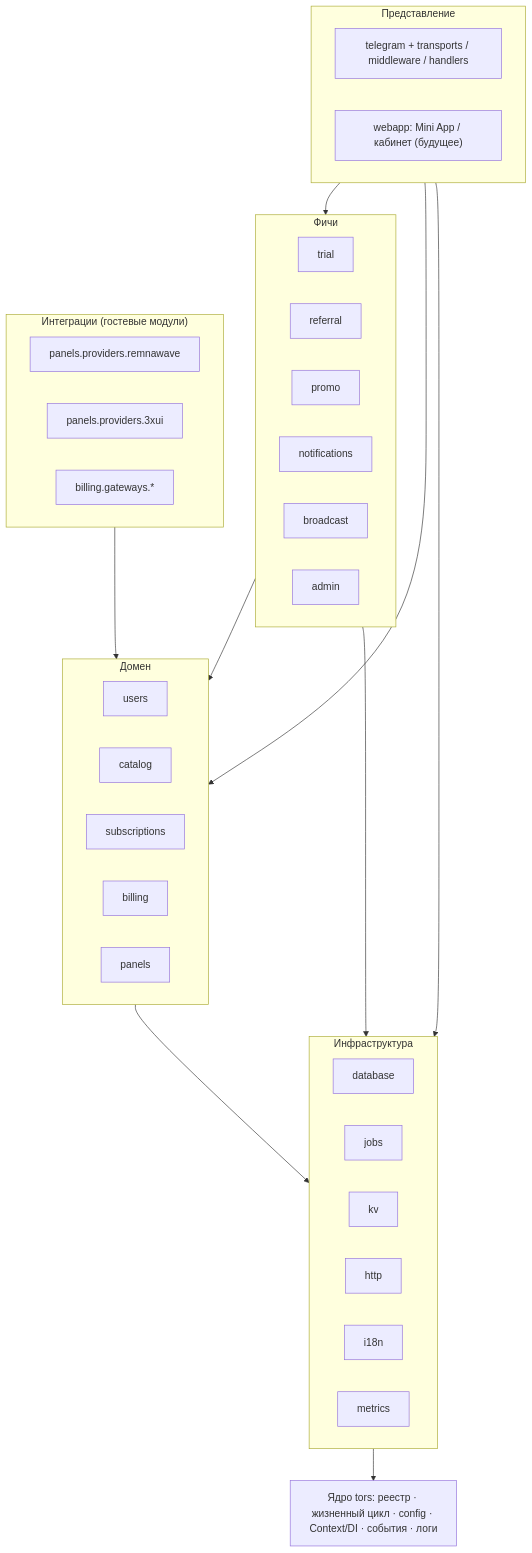
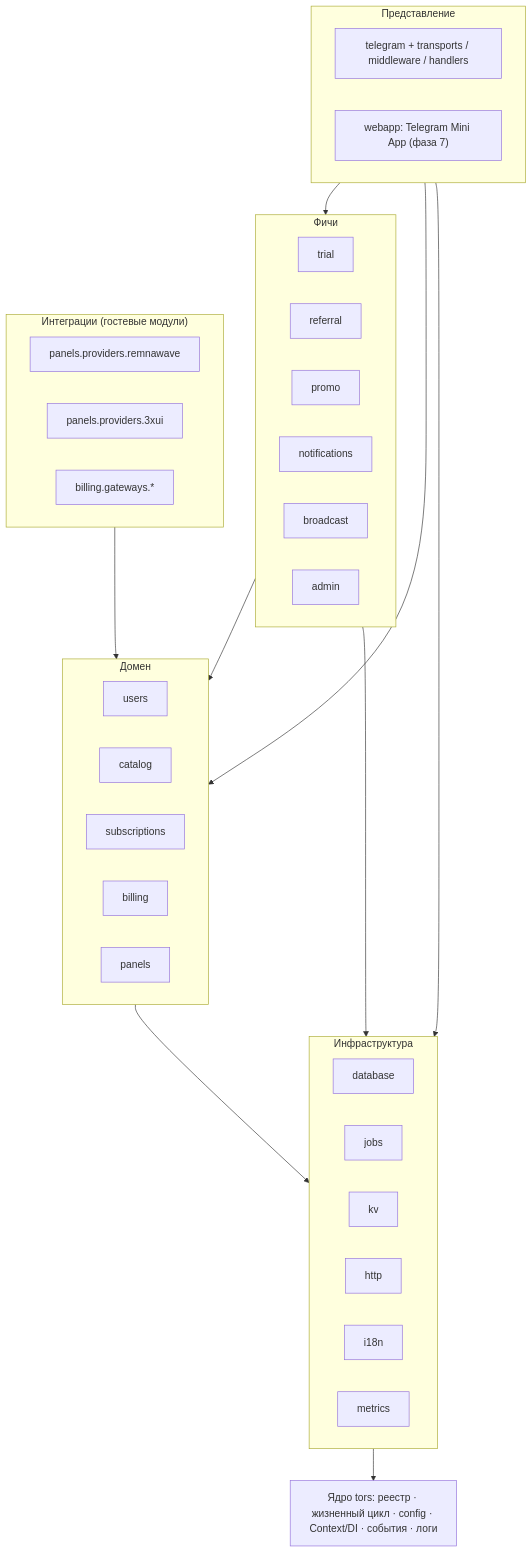
The second of 3 diagrams in docs/PLAN.md (Tori43-hash/TORS), drawn with Mermaid before and after one commit. The commit also changed other lines of this file, not shown here.

First line of the commit message:
docs: apply MVP decisions to architecture plan

````diff
--- a/docs/PLAN.md
+++ b/docs/PLAN.md
@@ -270,44 +276,44 @@
 ```mermaid
 flowchart TB
     subgraph PRES["Представление"]
         TG["telegram + transports / middleware / handlers"]
-        WEB["webapp: Mini App / кабинет (будущее)"]
+        WEB["webapp: Telegram Mini App (фаза 7)"]
     end
     subgraph FEAT["Фичи"]
         TRIAL[trial]
         REF[referral]
         PROMO[promo]
         NOTIF[notifications]
         BC[broadcast]
         ADM[admin]
     end
     subgraph DOM["Домен"]
         USERS[users]
         CAT[catalog]
         SUBS[subscriptions]
         BILL[billing]
         PAN[panels]
     end
     subgraph INT["Интеграции (гостевые модули)"]
         RW[panels.providers.remnawave]
         XUI[panels.providers.3xui]
         GW["billing.gateways.*"]
     end
     subgraph INFRA["Инфраструктура"]
         DB[database]
         JOBS[jobs]
         KV[kv]
         HTTP[http]
         I18N[i18n]
         MET[metrics]
     end
     CORE["Ядро tors: реестр · жизненный цикл · config · Context/DI · события · логи"]
 
     PRES --> FEAT --> DOM
     PRES --> DOM
     INT --> DOM
     DOM --> INFRA
     FEAT --> INFRA
     PRES --> INFRA
     INFRA --> CORE
 ```
````
